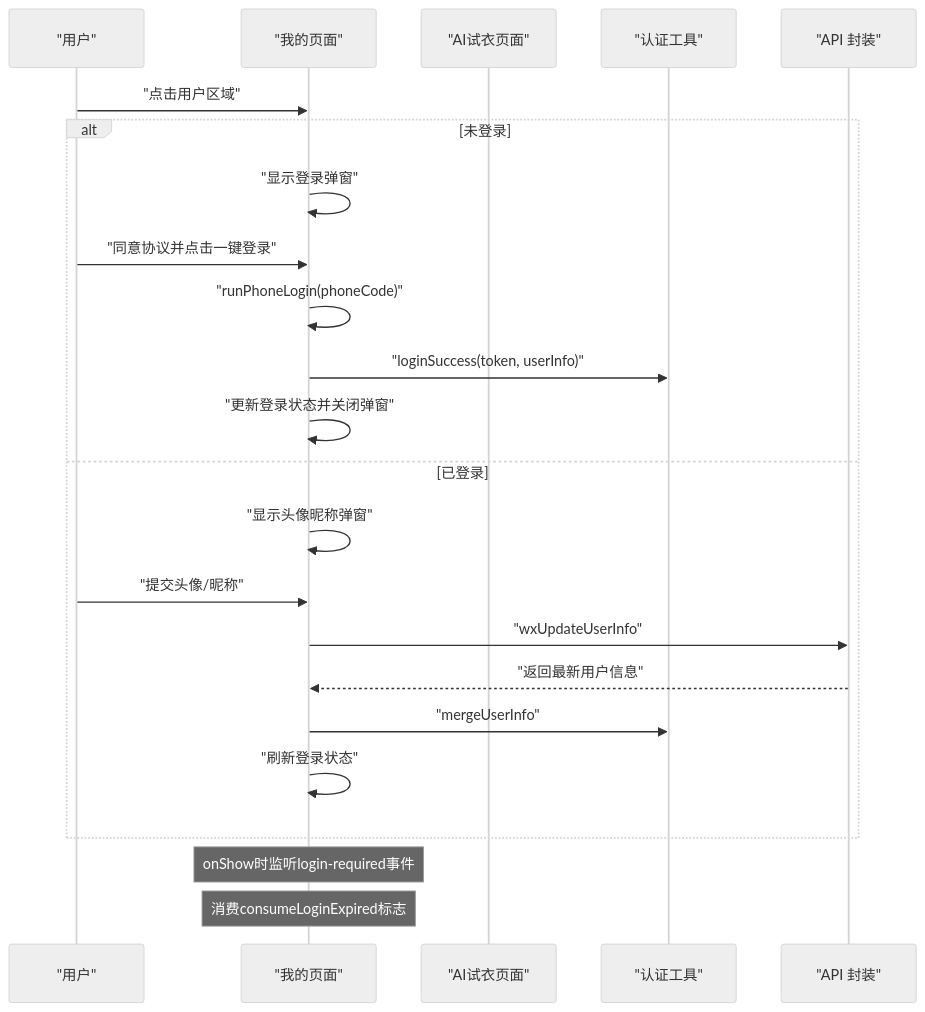
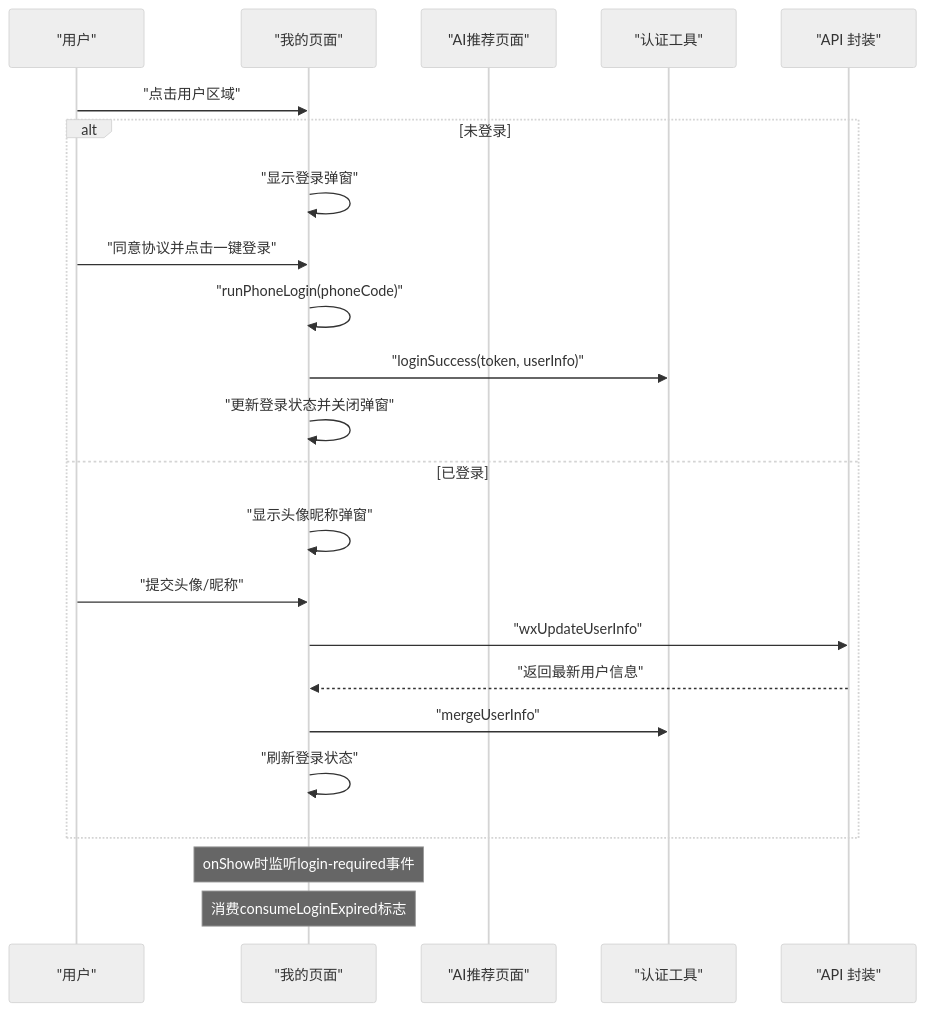
Before and after one commit to crazyma99/blueberry: the seventh of 14 diagrams in .qoder/repowiki/zh/content/核心功能模块/用户认证系统.md, drawn with Mermaid (neutral theme). The commit also changed other lines of this file and 6 other files, not shown here.

````diff
--- a/.qoder/repowiki/zh/content/核心功能模块/用户认证系统.md
+++ b/.qoder/repowiki/zh/content/核心功能模块/用户认证系统.md
@@ -384,25 +421,25 @@
 ```mermaid
 sequenceDiagram
 participant U as "用户"
 participant Mine as "我的页面"
-participant AiTryOn as "AI试衣页面"
+participant AiRecommend as "AI推荐页面"
 participant Auth as "认证工具"
 participant API as "API 封装"
 U->>Mine : "点击用户区域"
 alt 未登录
 Mine->>Mine : "显示登录弹窗"
 U->>Mine : "同意协议并点击一键登录"
 Mine->>Mine : "runPhoneLogin(phoneCode)"
 Mine->>Auth : "loginSuccess(token, userInfo)"
 Mine->>Mine : "更新登录状态并关闭弹窗"
 else 已登录
 Mine->>Mine : "显示头像昵称弹窗"
 U->>Mine : "提交头像/昵称"
 Mine->>API : "wxUpdateUserInfo"
 API-->>Mine : "返回最新用户信息"
 Mine->>Auth : "mergeUserInfo"
 Mine->>Mine : "刷新登录状态"
 end
 Note over Mine : onShow时监听login-required事件
 Note over Mine : 消费consumeLoginExpired标志
 ```
````
